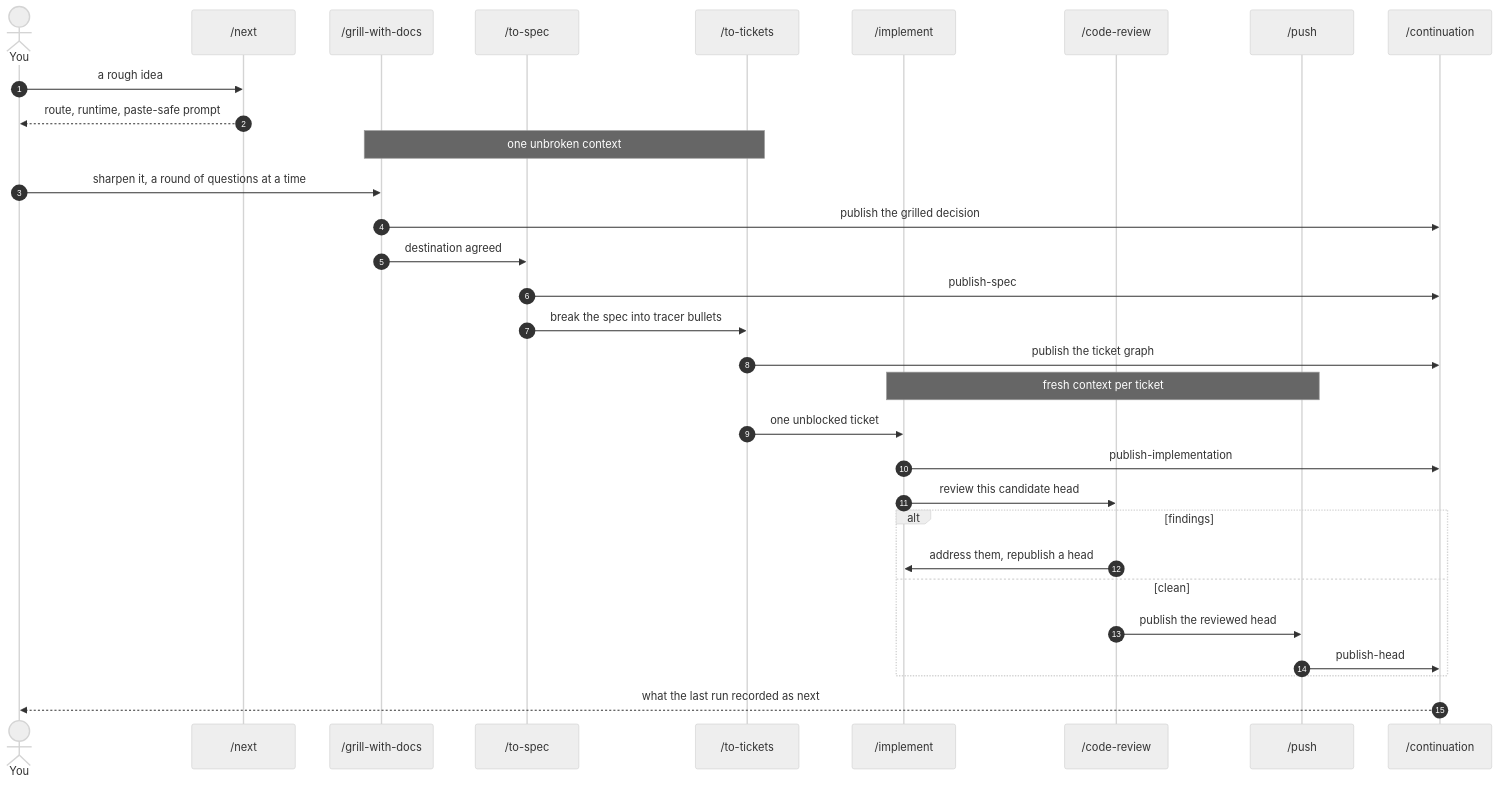
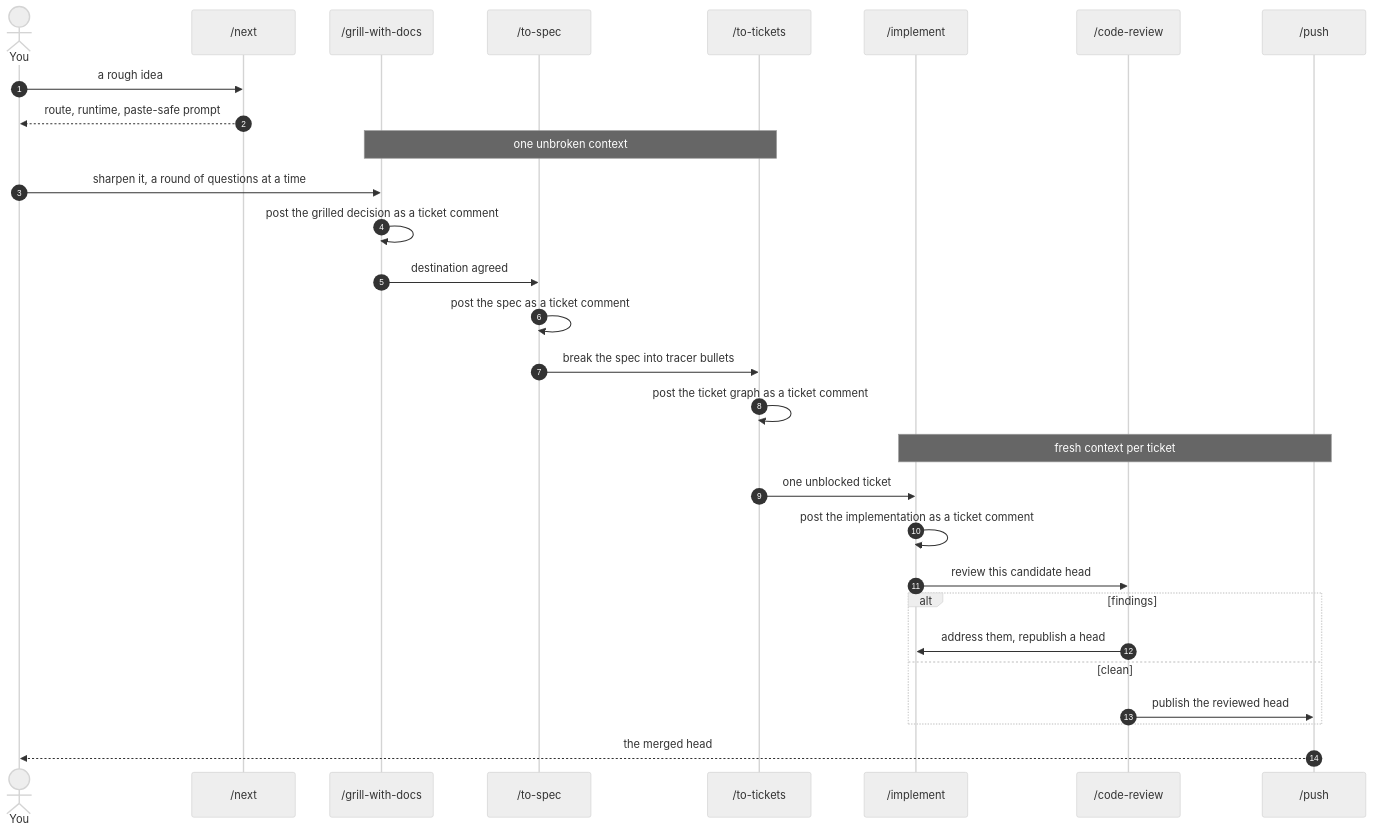
One commit to bradcstevens/git-loopy-skills changed the second of 12 diagrams in docs/skill-connections.md. Above: the diagram before and after it, drawn with Mermaid (neutral theme). The commit also changed other lines of this file and 20 other files, not shown here.

````diff
--- a/docs/skill-connections.md
+++ b/docs/skill-connections.md
@@ -128,38 +113,36 @@
 ```mermaid
 sequenceDiagram
     autonumber
     actor U as You
     participant NX as /next
     participant GD as /grill-with-docs
     participant TS as /to-spec
     participant TT as /to-tickets
     participant IM as /implement
     participant CR as /code-review
     participant PU as /push
-    participant CN as /continuation
 
     U->>NX: a rough idea
     NX-->>U: route, runtime, paste-safe prompt
 
     Note over GD,TT: one unbroken context
     U->>GD: sharpen it, a round of questions at a time
-    GD->>CN: publish the grilled decision
+    GD->>GD: post the grilled decision as a ticket comment
     GD->>TS: destination agreed
-    TS->>CN: publish-spec
+    TS->>TS: post the spec as a ticket comment
     TS->>TT: break the spec into tracer bullets
-    TT->>CN: publish the ticket graph
+    TT->>TT: post the ticket graph as a ticket comment
     
     Note over IM,PU: fresh context per ticket
     TT->>IM: one unblocked ticket
-    IM->>CN: publish-implementation
+    IM->>IM: post the implementation as a ticket comment
     IM->>CR: review this candidate head
     alt findings
         CR->>IM: address them, republish a head
     else clean
         CR->>PU: publish the reviewed head
 
-    PU->>CN: publish-head
     end
 
-    CN-->>U: what the last run recorded as next
+    PU-->>U: the merged head
 ```
````
